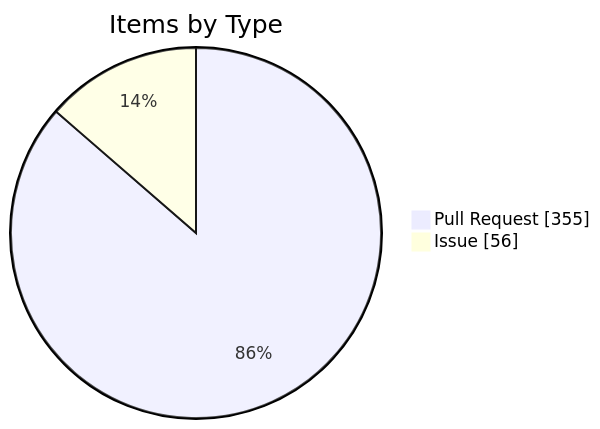
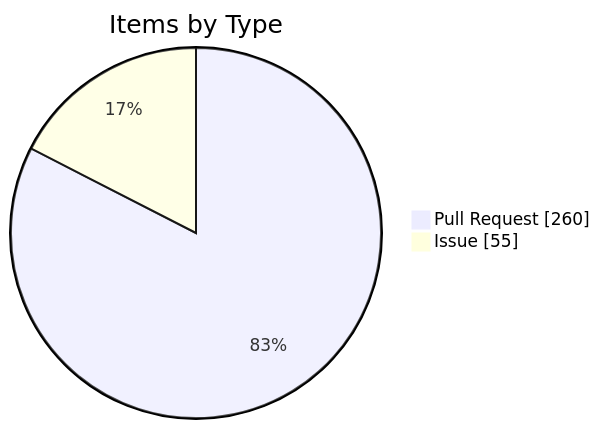
One commit to KBVE/kbve changed the fourth of 4 diagrams in apps/kbve/astro-kbve/src/content/docs/dashboard/kanban-data.mdx. Above: the diagram before and after it, drawn with Mermaid. The commit also changed other lines of this file and 8 other files, not shown here.

````diff
--- a/apps/kbve/astro-kbve/src/content/docs/dashboard/kanban-data.mdx
+++ b/apps/kbve/astro-kbve/src/content/docs/dashboard/kanban-data.mdx
@@ -115,6 +116,6 @@
 ```mermaid
 pie showData
     title Items by Type
-    "Pull Request" : 355
-    "Issue" : 56
+    "Pull Request" : 260
+    "Issue" : 55
 ```
````
